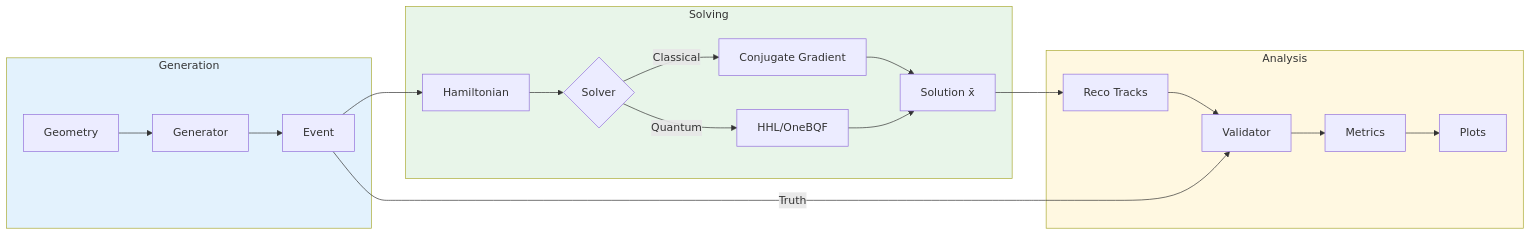
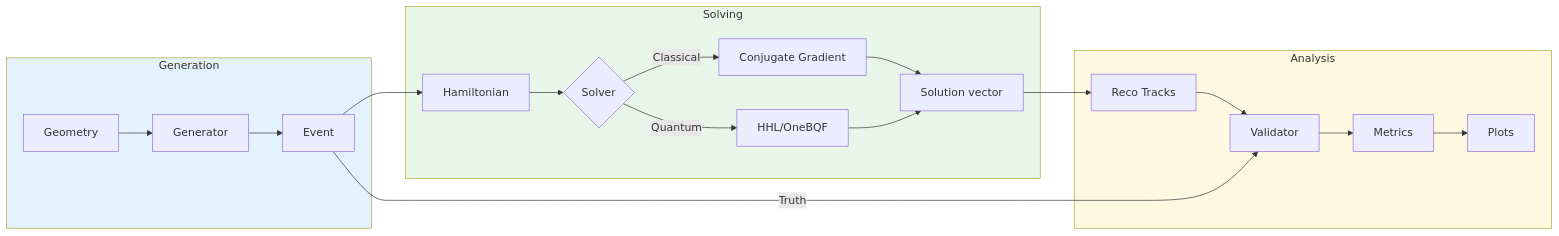
The diagram in docs/index.md (GeorgeWilliam1999/LHCb_VeLo_Toy_Model), drawn with Mermaid before and after one commit. The commit also changed 1 other file, not shown here.

Commit message:
readme updates

````diff
--- a/docs/index.md
+++ b/docs/index.md
@@ -142,28 +142,28 @@
 ```mermaid
 graph LR
     subgraph Generation
         G[Geometry] --> GEN[Generator]
         GEN --> E[Event]
     end
     
     subgraph Solving
         E --> H[Hamiltonian]
         H --> S{Solver}
         S --> |Classical| CG[Conjugate Gradient]
         S --> |Quantum| HHL[HHL/OneBQF]
-        CG --> X[Solution x̄]
+        CG --> X[Solution vector]
         HHL --> X
     end
     
     subgraph Analysis
         X --> R[Reco Tracks]
         R --> V[Validator]
         E --> |Truth| V
         V --> M[Metrics]
         M --> P[Plots]
     end
     
     style Generation fill:#e3f2fd
     style Solving fill:#e8f5e9
     style Analysis fill:#fff8e1
 ```
````
